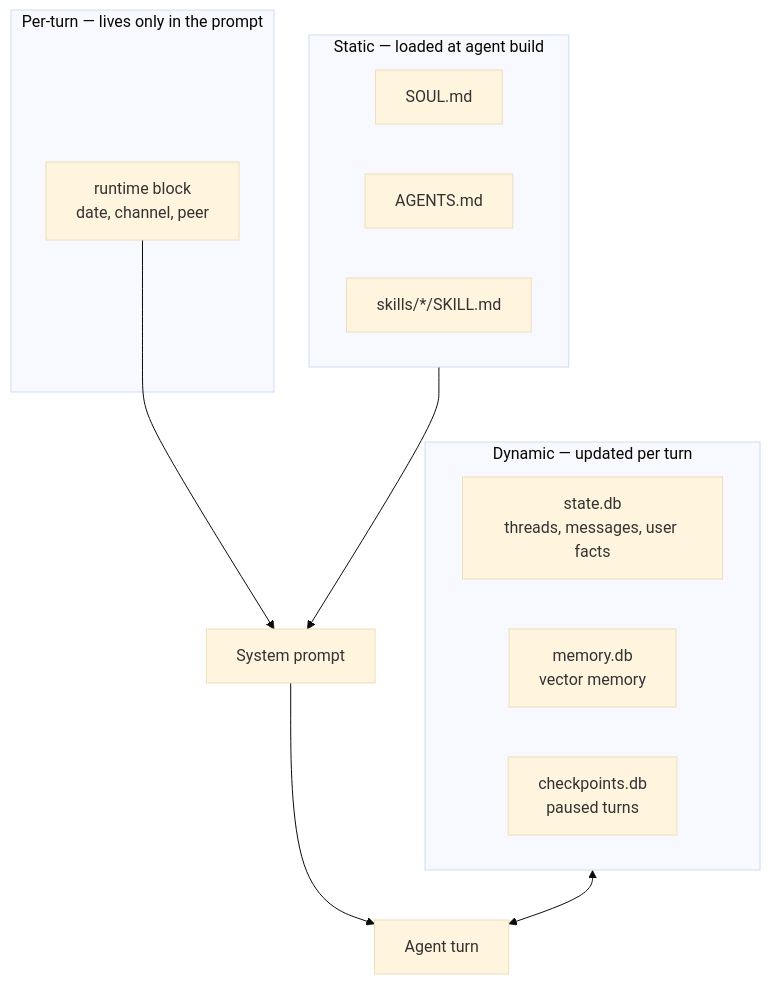
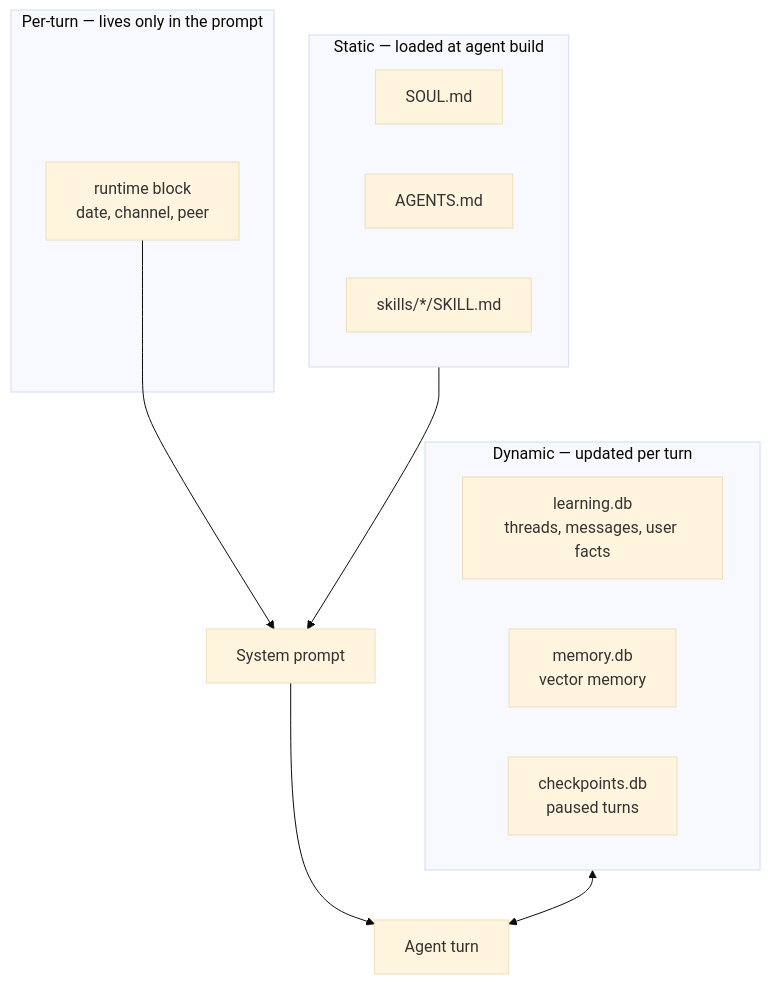
One commit to cris-m/flopsy changed the diagram in docs/memory.md. Above: the diagram before and after it, drawn with Mermaid (base theme). The commit also changed other lines of this file and 10 other files, not shown here.

````diff
--- a/docs/memory.md
+++ b/docs/memory.md
@@ -7,23 +7,23 @@
 ```mermaid
 flowchart TB
   subgraph STATIC["Static — loaded at agent build"]
     SOUL[SOUL.md]
     AGENTS[AGENTS.md]
     SKILLS[skills/*/SKILL.md]
   end
 
   subgraph DYNAMIC["Dynamic — updated per turn"]
-    STATE[state.db<br/>threads, messages, user facts]
+    STATE[learning.db<br/>threads, messages, user facts]
     MEM[memory.db<br/>vector memory]
     CKPT[checkpoints.db<br/>paused turns]
   end
 
   subgraph RUNTIME["Per-turn — lives only in the prompt"]
     RT[runtime block<br/>date, channel, peer]
   end
 
   STATIC --> PROMPT[System prompt]
   RT --> PROMPT
   DYNAMIC <--> AGENT[Agent turn]
   PROMPT --> AGENT
 ```
````
